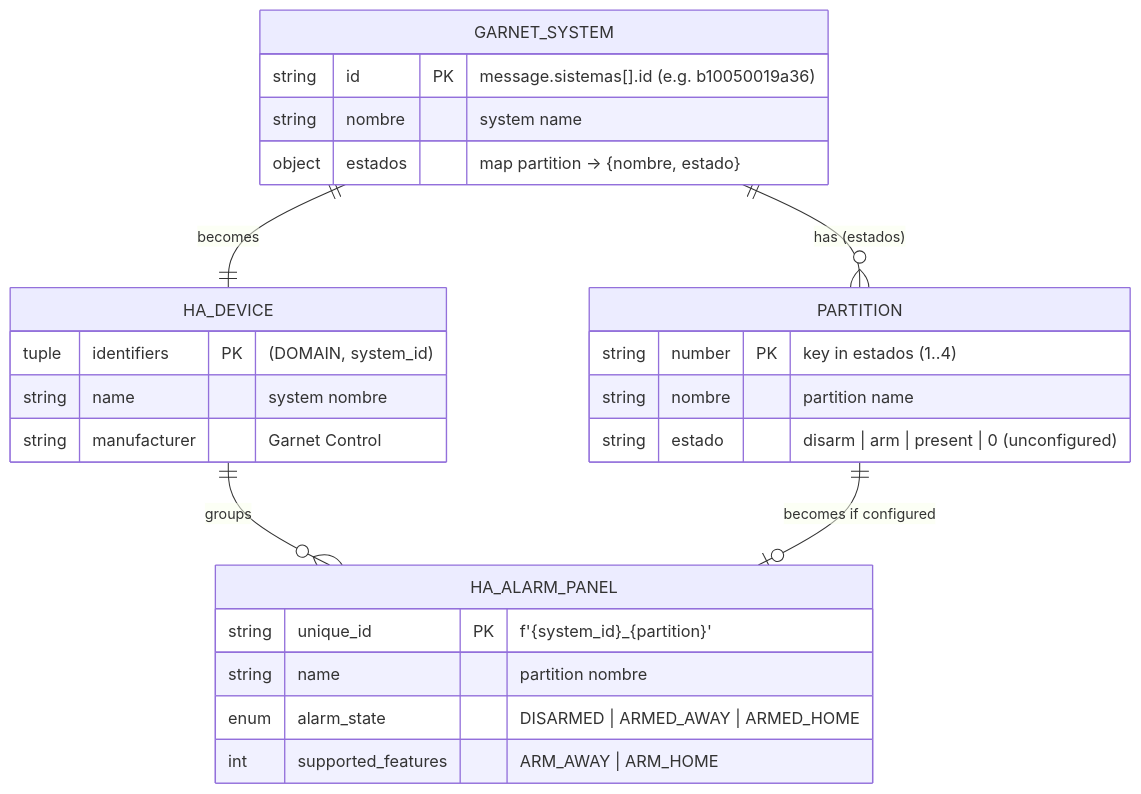
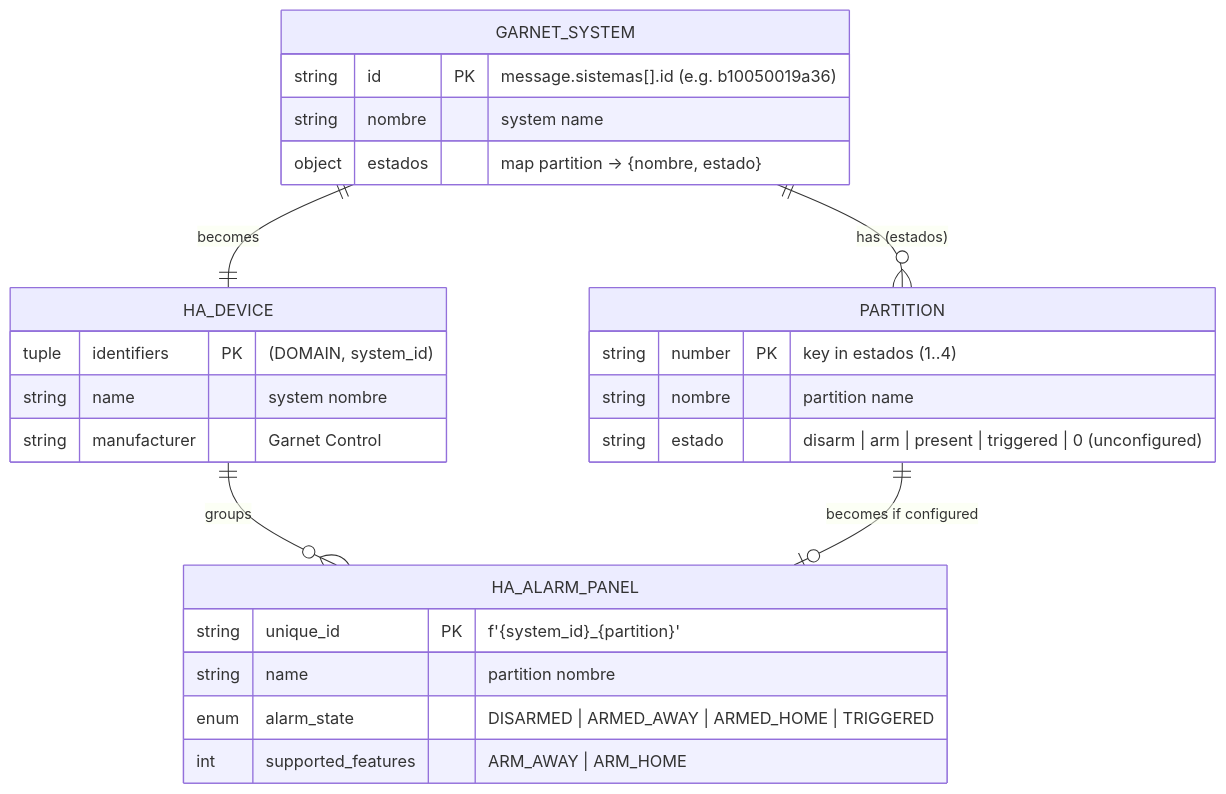
The first of 2 diagrams in docs/architecture.md (federicogon/garnet), drawn with Mermaid before and after one commit. The commit also changed other lines of this file and 4 other files, not shown here.

````diff
--- a/docs/architecture.md
+++ b/docs/architecture.md
@@ -11,29 +11,29 @@
 ```mermaid
 erDiagram
     GARNET_SYSTEM ||--o{ PARTITION : "has (estados)"
     GARNET_SYSTEM ||--|| HA_DEVICE : "becomes"
     HA_DEVICE ||--o{ HA_ALARM_PANEL : "groups"
     PARTITION ||--o| HA_ALARM_PANEL : "becomes if configured"
 
     GARNET_SYSTEM {
         string id PK "message.sistemas[].id (e.g. b10050019a36)"
         string nombre "system name"
         object estados "map partition -> {nombre, estado}"
     }
     PARTITION {
         string number PK "key in estados (1..4)"
         string nombre "partition name"
-        string estado "disarm | arm | present | 0 (unconfigured)"
+        string estado "disarm | arm | present | triggered | 0 (unconfigured)"
     }
     HA_DEVICE {
         tuple identifiers PK "(DOMAIN, system_id)"
         string name "system nombre"
         string manufacturer "Garnet Control"
     }
     HA_ALARM_PANEL {
         string unique_id PK "f'{system_id}_{partition}'"
         string name "partition nombre"
-        enum alarm_state "DISARMED | ARMED_AWAY | ARMED_HOME"
+        enum alarm_state "DISARMED | ARMED_AWAY | ARMED_HOME | TRIGGERED"
         int supported_features "ARM_AWAY | ARM_HOME"
     }
 ```
````
